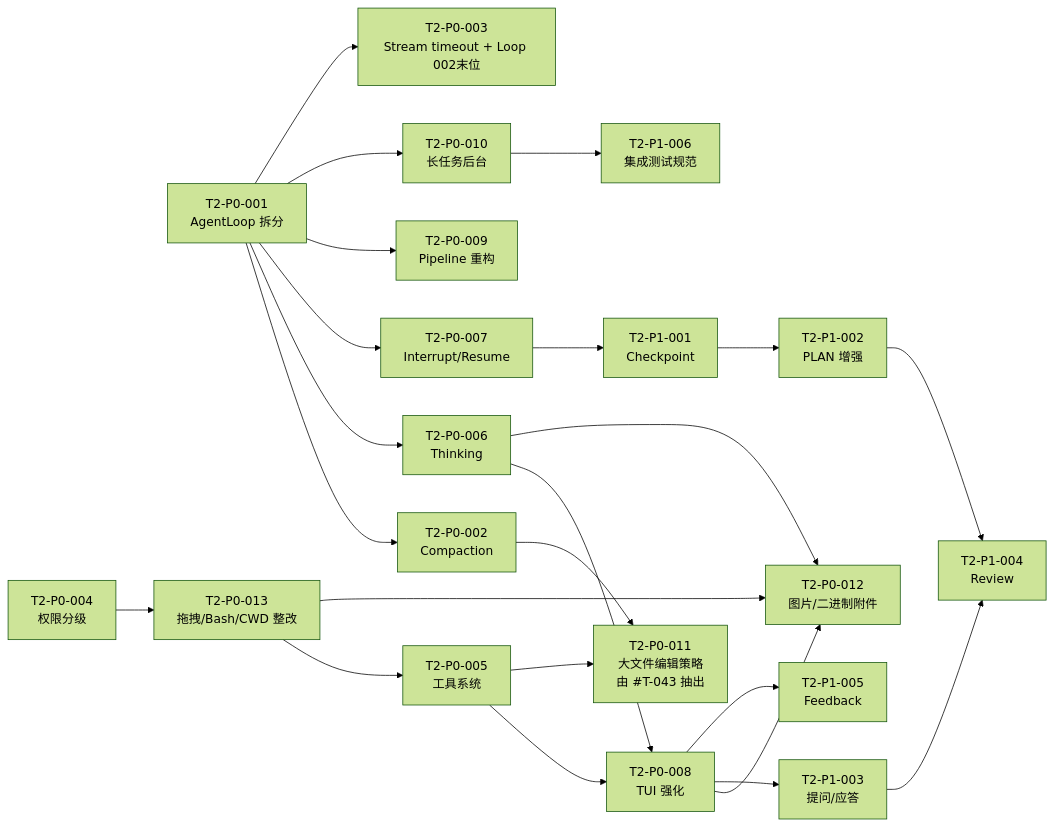
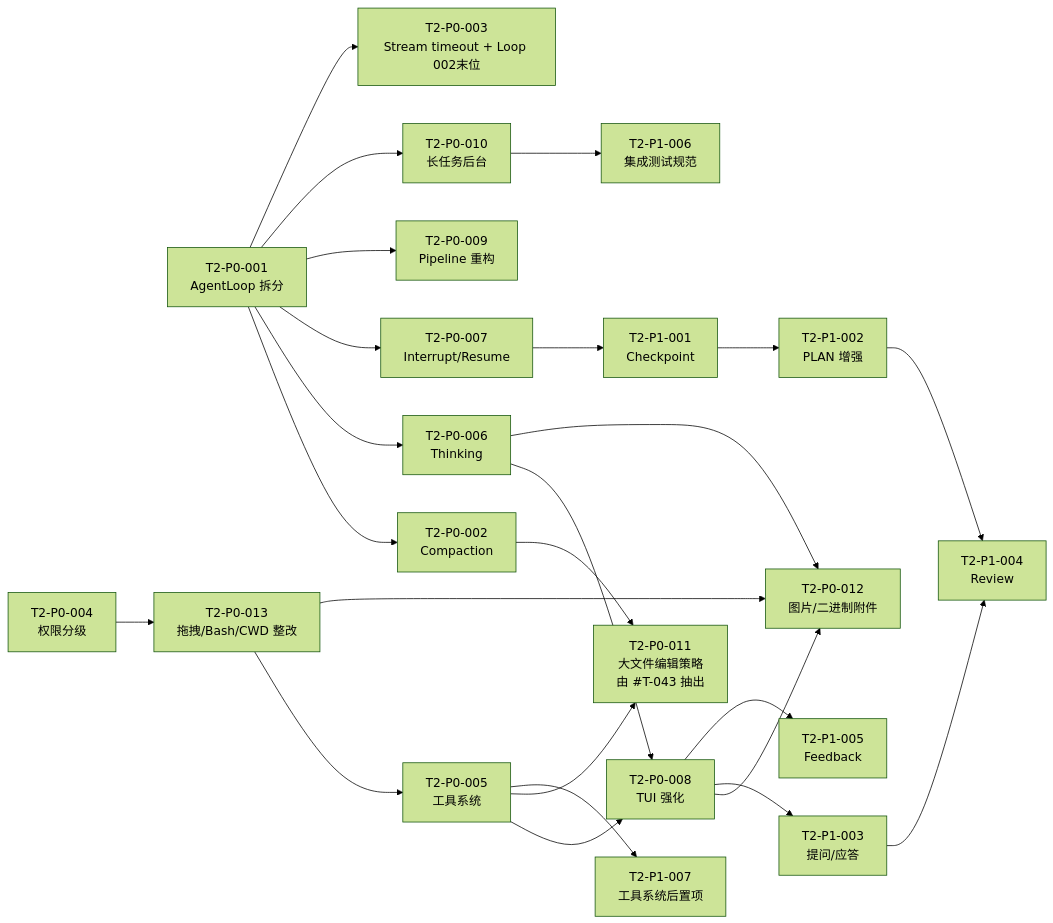
Before and after one commit to teisun/tomcat-agent: the diagram in pi-rust-wasm/agents/TASK_BOARD_002.md, drawn with Mermaid (forest theme). The commit also changed other lines of this file and 26 other files, not shown here.

````diff
--- a/pi-rust-wasm/agents/TASK_BOARD_002.md
+++ b/pi-rust-wasm/agents/TASK_BOARD_002.md
@@ -830,25 +863,26 @@
 ```mermaid
 flowchart LR
     P001[T2-P0-001<br/>AgentLoop 拆分] --> P002[T2-P0-002<br/>Compaction]
     P001 --> P006[T2-P0-006<br/>Thinking]
     P001 --> P007[T2-P0-007<br/>Interrupt/Resume]
     P001 --> P009[T2-P0-009<br/>Pipeline 重构]
     P001 --> P010[T2-P0-010<br/>长任务后台]
     P001 --> P003[T2-P0-003<br/>Stream timeout + Loop 002末位]
     P004[T2-P0-004<br/>权限分级] --> P013[T2-P0-013<br/>拖拽/Bash/CWD 整改]
     P013 --> P005[T2-P0-005<br/>工具系统]
     P013 --> P012[T2-P0-012<br/>图片/二进制附件]
     P005 --> P008[T2-P0-008<br/>TUI 强化]
     P006 --> P008
     P002 --> P011[T2-P0-011<br/>大文件编辑策略<br/>由 #T-043 抽出]
     P005 --> P011
     P006 --> P012
     P008 --> P012
     P007 --> P101[T2-P1-001<br/>Checkpoint]
     P101 --> P102[T2-P1-002<br/>PLAN 增强]
     P008 --> P103[T2-P1-003<br/>提问/应答]
     P102 --> P104[T2-P1-004<br/>Review]
     P103 --> P104
     P008 --> P105[T2-P1-005<br/>Feedback]
     P010 --> P106[T2-P1-006<br/>集成测试规范]
+    P005 --> P107[T2-P1-007<br/>工具系统后置项]
 ```
````
